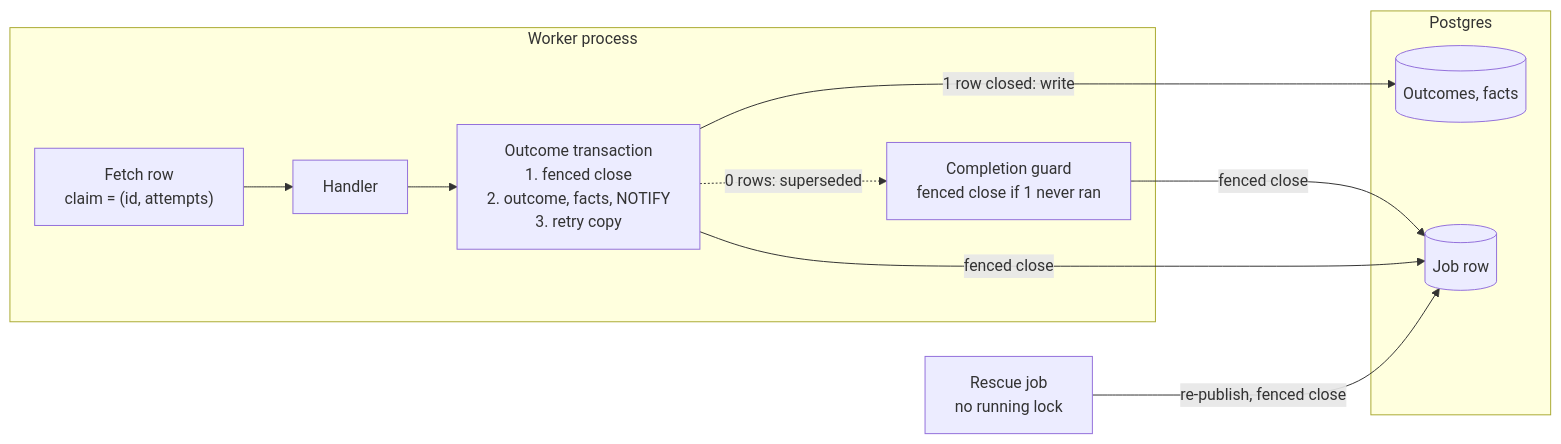
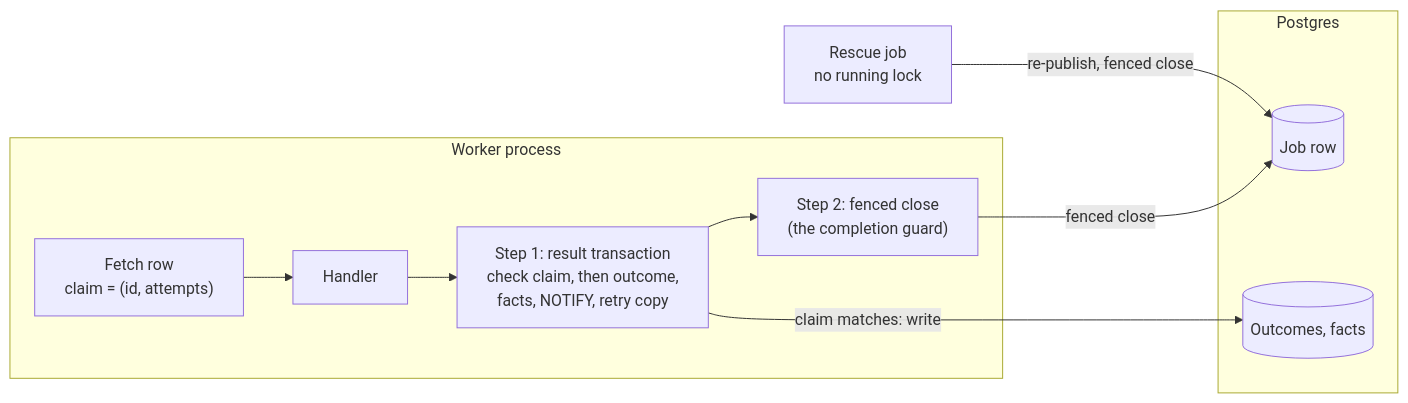
One commit to mcurcio/photo-wall changed the first of 4 diagrams in docs/central-delivery-fencing.md. Above: the diagram before and after it, drawn with Mermaid. The commit also changed other lines of this file, not shown here.

First line of the commit message:
docs(design): delivery fencing — apply owner gate rulings (two-step close)

````diff
--- a/docs/central-delivery-fencing.md
+++ b/docs/central-delivery-fencing.md
@@ -36,18 +33,16 @@
 ```mermaid
 graph LR
   subgraph W["Worker process"]
     fetch["Fetch row<br/>claim = (id, attempts)"] --> handler["Handler"]
-    handler --> otx["Outcome transaction<br/>1. fenced close<br/>2. outcome, facts, NOTIFY<br/>3. retry copy"]
-    guard["Completion guard<br/>fenced close if 1 never ran"]
+    handler --> s1["Step 1: result transaction<br/>check claim, then outcome,<br/>facts, NOTIFY, retry copy"]
+    s1 --> s2["Step 2: fenced close<br/>(the completion guard)"]
   end
   subgraph PG["Postgres"]
     row[("Job row")]
     rec[("Outcomes, facts")]
   end
   rescue["Rescue job<br/>no running lock"]
-  otx -- "1 row closed: write" --> rec
-  otx -. "0 rows: superseded" .-> guard
-  otx -- "fenced close" --> row
-  guard -- "fenced close" --> row
+  s1 -- "claim matches: write" --> rec
+  s2 -- "fenced close" --> row
   rescue -- "re-publish, fenced close" --> row
 ```
````
